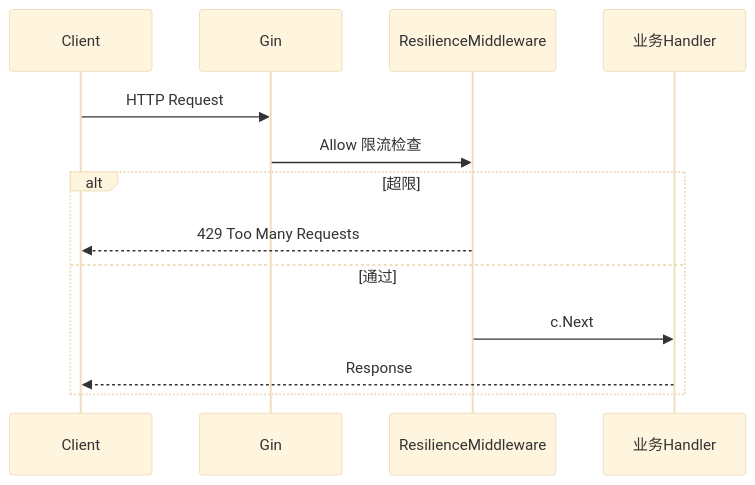
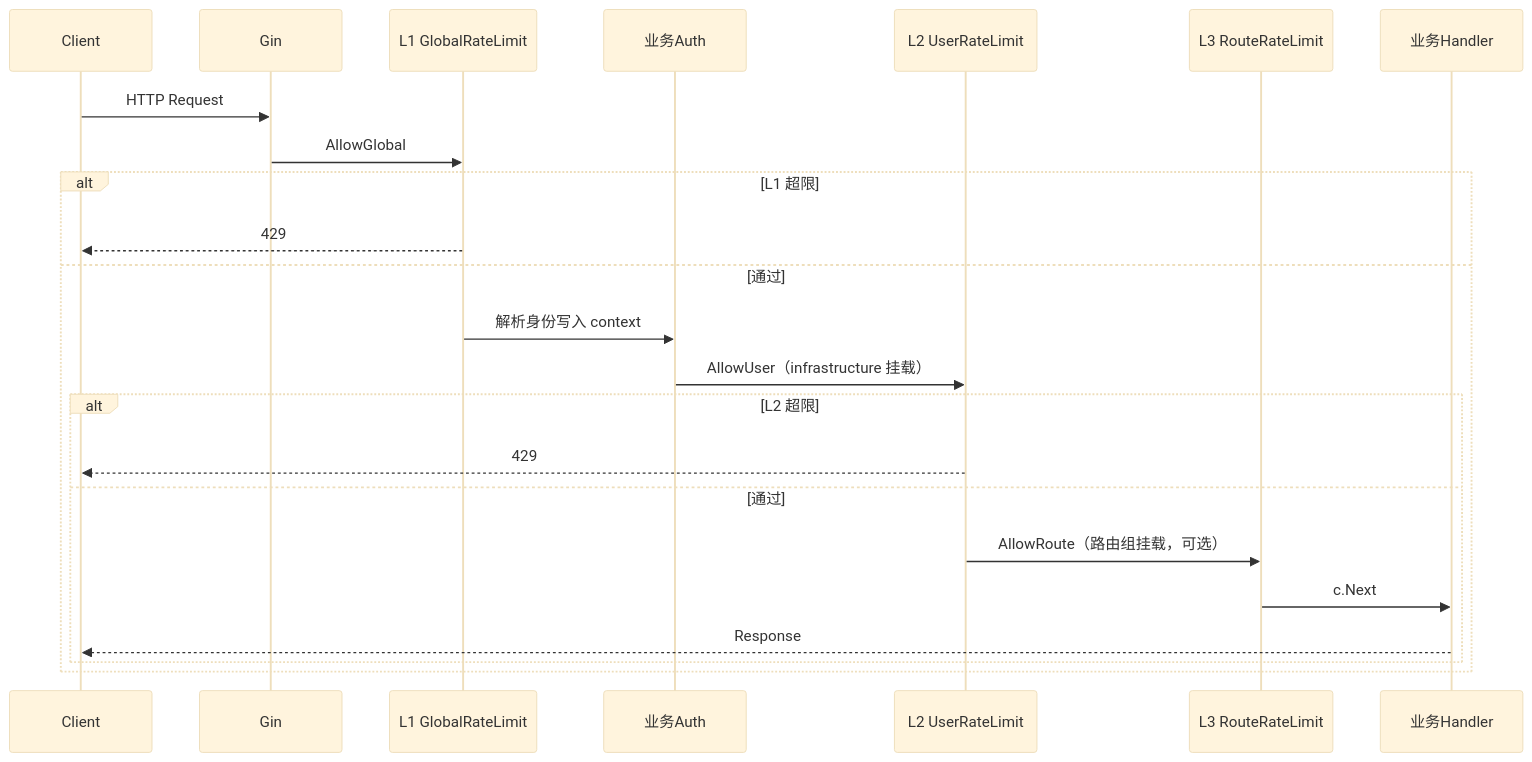
Before and after one commit to ymhhh/goblocks: the second of 2 diagrams in docs/architecture.md, drawn with Mermaid (base theme). The commit also changed other lines of this file and 42 other files, not shown here.

First line of the commit message:
feat(resilience)!: layered rate limiting L1/L2/L3 with Redis and memory backends

````diff
--- a/docs/architecture.md
+++ b/docs/architecture.md
@@ -81,16 +83,26 @@
 ```mermaid
 sequenceDiagram
   participant Client
   participant Gin
-  participant MW as ResilienceMiddleware
+  participant L1 as L1 GlobalRateLimit
+  participant Auth as 业务Auth
+  participant L2 as L2 UserRateLimit
+  participant L3 as L3 RouteRateLimit
   participant Handler as 业务Handler
 
   Client->>Gin: HTTP Request
-  Gin->>MW: Allow 限流检查
-  alt 超限
-    MW-->>Client: 429 Too Many Requests
+  Gin->>L1: AllowGlobal
+  alt L1 超限
+    L1-->>Client: 429
   else 通过
-    MW->>Handler: c.Next
-    Handler-->>Client: Response
+    L1->>Auth: 解析身份写入 context
+    Auth->>L2: AllowUser（infrastructure 挂载）
+    alt L2 超限
+      L2-->>Client: 429
+    else 通过
+      L2->>L3: AllowRoute（路由组挂载，可选）
+      L3->>Handler: c.Next
+      Handler-->>Client: Response
+    end
   end
 ```
````
